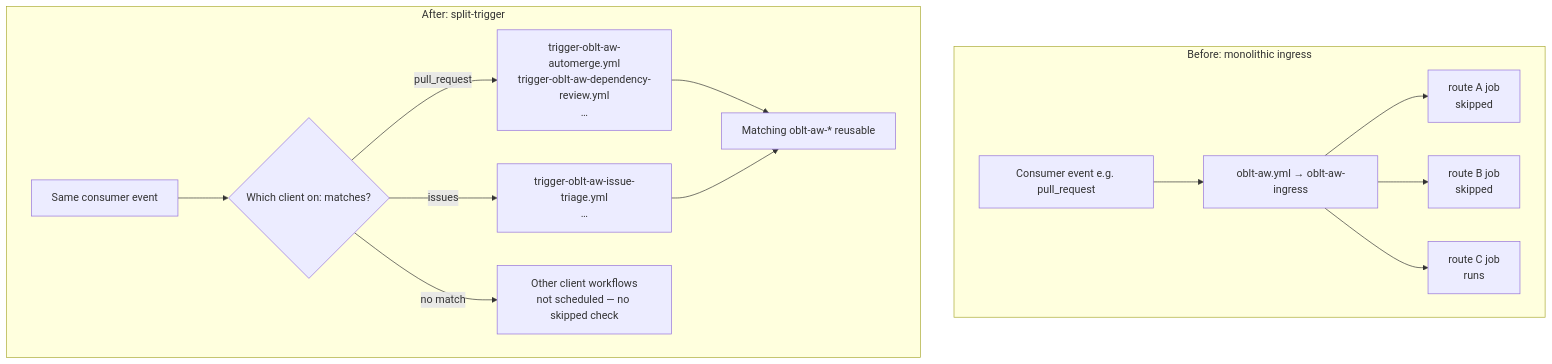
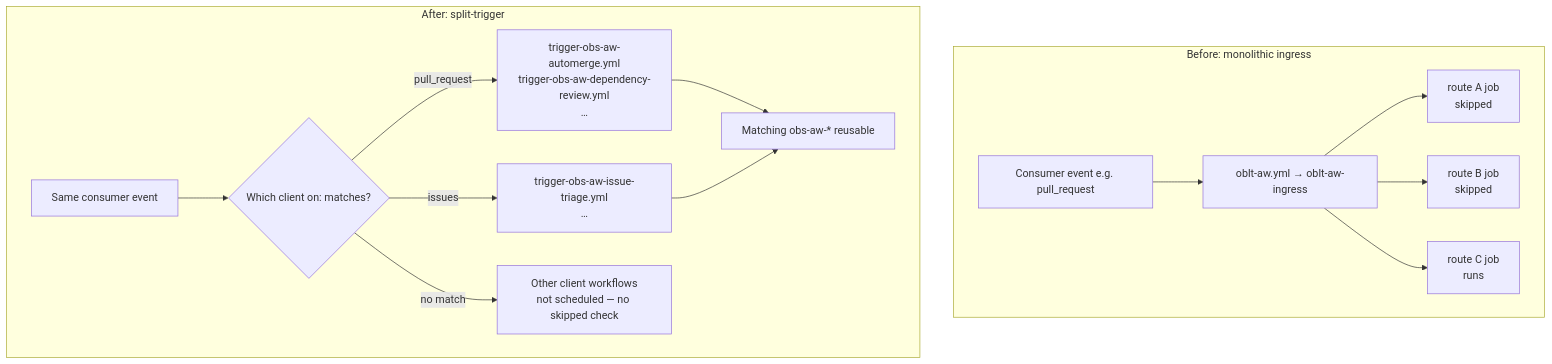
The second of 4 diagrams in docs/architecture/overview.md (elastic/oblt-aw), drawn with Mermaid before and after one commit. The commit also changed other lines of this file and 151 other files, not shown here.

First line of the commit message:
Align Observability workflow org particle from oblt-aw to obs-aw.

````diff
--- a/docs/architecture/overview.md
+++ b/docs/architecture/overview.md
@@ -87,21 +87,21 @@
 ```mermaid
 flowchart TB
   subgraph Before["Before: monolithic ingress"]
     B_EVT["Consumer event e.g. pull_request"]
     B_CLI["oblt-aw.yml → oblt-aw-ingress"]
     B_EVT --> B_CLI
     B_CLI --> B_SKIP1["route A job\nskipped"]
     B_CLI --> B_SKIP2["route B job\nskipped"]
     B_CLI --> B_RUN["route C job\nruns"]
   end
 
   subgraph After["After: split-trigger"]
     A_EVT["Same consumer event"]
     A_EVT --> A_MATCH{"Which client on: matches?"}
-    A_MATCH -->|pull_request| A_PR["trigger-oblt-aw-automerge.yml\ntrigger-oblt-aw-dependency-review.yml\n…"]
-    A_MATCH -->|issues| A_ISS["trigger-oblt-aw-issue-triage.yml\n…"]
+    A_MATCH -->|pull_request| A_PR["trigger-obs-aw-automerge.yml\ntrigger-obs-aw-dependency-review.yml\n…"]
+    A_MATCH -->|issues| A_ISS["trigger-obs-aw-issue-triage.yml\n…"]
     A_MATCH -->|no match| A_NONE["Other client workflows\nnot scheduled — no skipped check"]
-    A_PR --> A_REU["Matching oblt-aw-* reusable"]
+    A_PR --> A_REU["Matching obs-aw-* reusable"]
     A_ISS --> A_REU
   end
 ```
````
